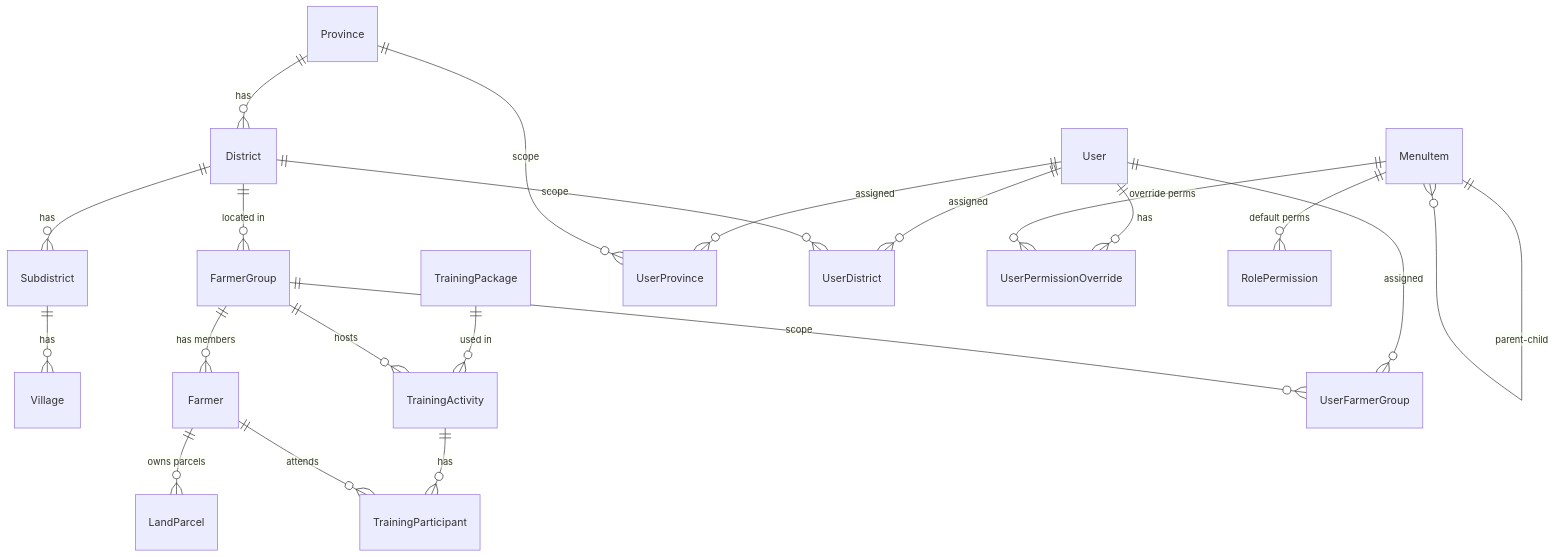
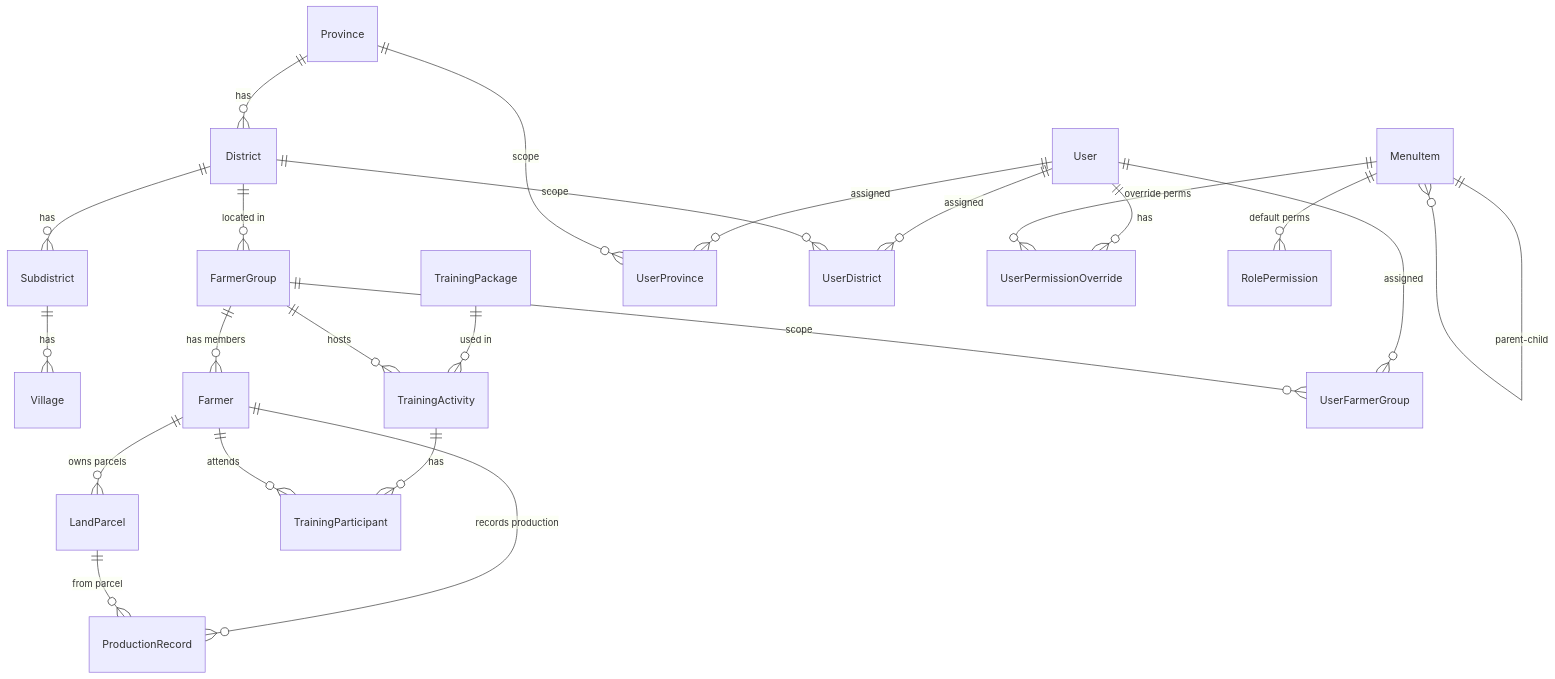
The first of 9 diagrams in docs/database-schema.md (WRI-Indonesia/mis-smallholder-hub), drawn with Mermaid before and after one commit. The commit also changed other lines of this file and 2 other files, not shown here.

Commit message:
feat: complete MD-06 Production module implementation and update project progress documentation

````diff
--- a/docs/database-schema.md
+++ b/docs/database-schema.md
@@ -10,32 +10,36 @@
 ```mermaid
 erDiagram
     %% GEOGRAPHY HIERARCHY
     Province ||--o{ District : "has"
     District ||--o{ Subdistrict : "has"
     Subdistrict ||--o{ Village : "has"
     
     %% FARMER GROUP & FARMER
     District ||--o{ FarmerGroup : "located in"
     FarmerGroup ||--o{ Farmer : "has members"
     
     %% LAND PARCEL
     Farmer ||--o{ LandParcel : "owns parcels"
+    
+    %% PRODUCTION RECORD
+    Farmer ||--o{ ProductionRecord : "records production"
+    LandParcel ||--o{ ProductionRecord : "from parcel"
     
     %% TRAINING MODULE
     TrainingPackage ||--o{ TrainingActivity : "used in"
     FarmerGroup ||--o{ TrainingActivity : "hosts"
     TrainingActivity ||--o{ TrainingParticipant : "has"
     Farmer ||--o{ TrainingParticipant : "attends"
     
     %% RBAC & MENU
     User ||--o{ UserProvince : "assigned"
     User ||--o{ UserDistrict : "assigned"
     User ||--o{ UserFarmerGroup : "assigned"
     User ||--o{ UserPermissionOverride : "has"
     Province ||--o{ UserProvince : "scope"
     District ||--o{ UserDistrict : "scope"
     FarmerGroup ||--o{ UserFarmerGroup : "scope"
     MenuItem ||--o{ MenuItem : "parent-child"
     MenuItem ||--o{ RolePermission : "default perms"
     MenuItem ||--o{ UserPermissionOverride : "override perms"
 ```
````
